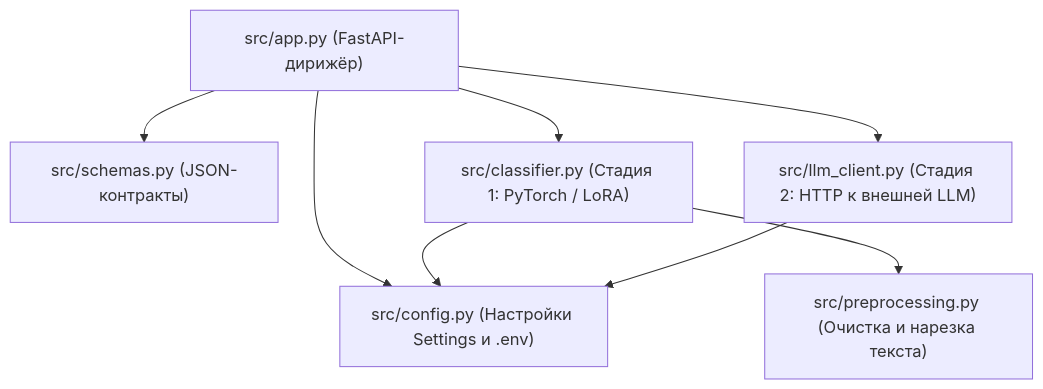
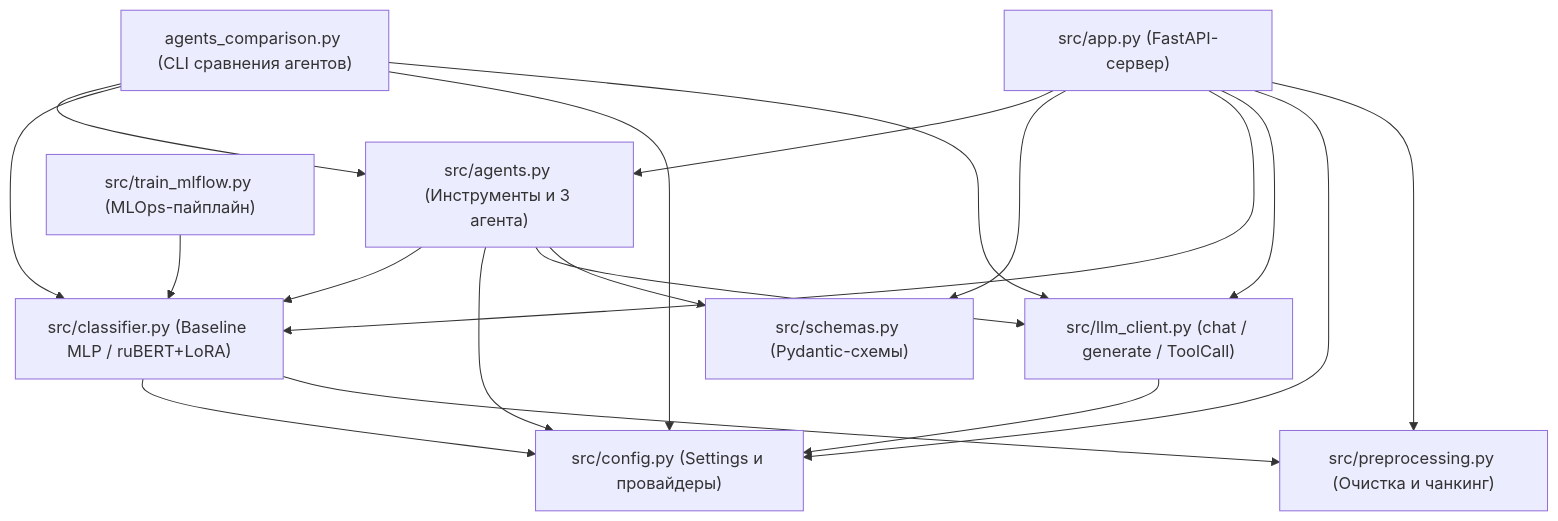
One commit to dsv-lt/SovTeh changed the first of 2 diagrams in docs/CODEBASE_ARCHITECTURE.md. Above: the diagram before and after it, drawn with Mermaid. The commit also changed other lines of this file and 4 other files, not shown here.

Commit message:
docs: align architecture, technical docs, user guide, report, and README

````diff
--- a/docs/CODEBASE_ARCHITECTURE.md
+++ b/docs/CODEBASE_ARCHITECTURE.md
@@ -122,19 +117,34 @@
 ```mermaid
 flowchart TD
-    app["src/app.py (FastAPI-дирижёр)"]
-    schemas["src/schemas.py (JSON-контракты)"]
-    cls["src/classifier.py (Стадия 1: PyTorch / LoRA)"]
-    llm["src/llm_client.py (Стадия 2: HTTP к внешней LLM)"]
-    cfg["src/config.py (Настройки Settings и .env)"]
-    prep["src/preprocessing.py (Очистка и нарезка текста)"]
+    cmp["agents_comparison.py (CLI сравнения агентов)"]
+    app["src/app.py (FastAPI-сервер)"]
+    agents["src/agents.py (Инструменты и 3 агента)"]
+    mlflow["src/train_mlflow.py (MLOps-пайплайн)"]
+    schemas["src/schemas.py (Pydantic-схемы)"]
+    cls["src/classifier.py (Baseline MLP / ruBERT+LoRA)"]
+    llm["src/llm_client.py (chat / generate / ToolCall)"]
+    cfg["src/config.py (Settings и провайдеры)"]
+    prep["src/preprocessing.py (Очистка и чанкинг)"]
 
+    cmp --> agents
+    cmp --> cls
+    cmp --> cfg
+    cmp --> llm
+
+    app --> agents
     app --> schemas
     app --> cls
     app --> llm
     app --> cfg
+    app --> prep
 
+    agents --> cls
+    agents --> cfg
+    agents --> llm
+    agents --> schemas
+
+    mlflow --> cls
     cls --> cfg
     cls --> prep
-
     llm --> cfg
 ```
````
